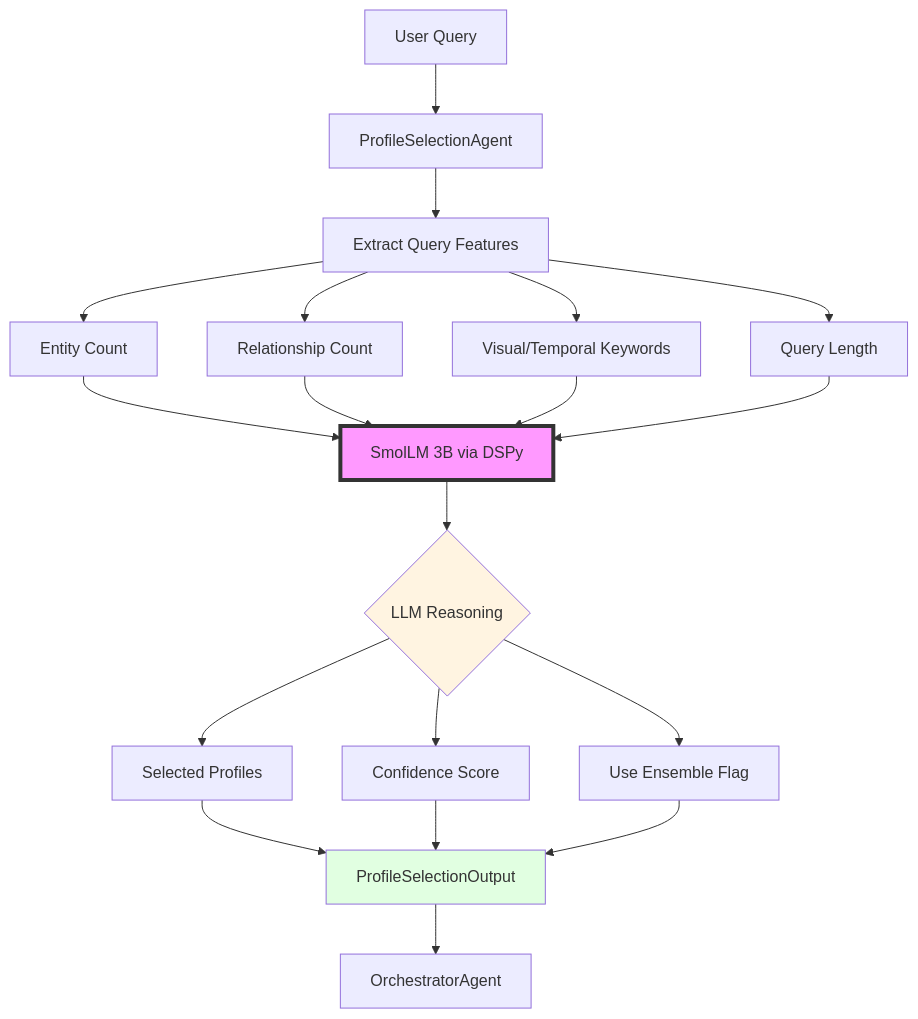
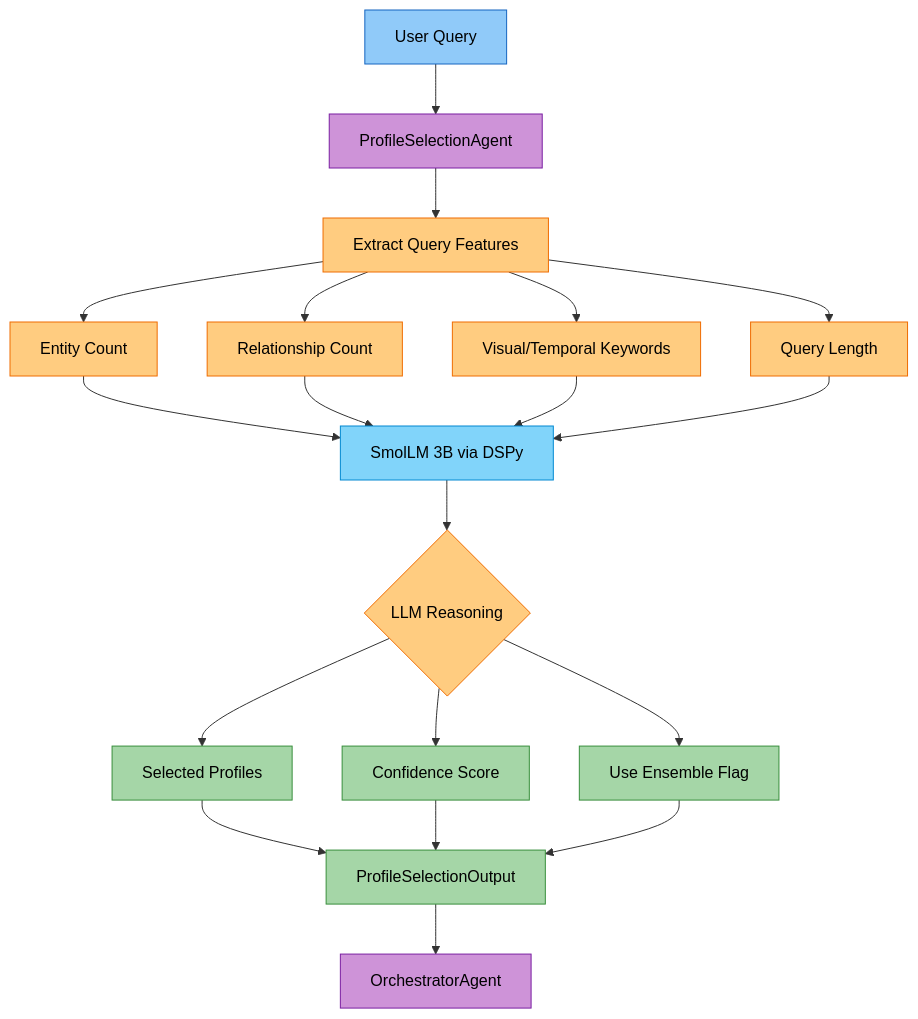
Before and after one commit to amit-jain/cogniverse: the fifth of 20 diagrams in docs/modules/agents.md, drawn with Mermaid. The commit also changed other lines of this file and 83 other files, not shown here.

First line of the commit message:
Fix documentation veracity, formatting, and diagrams across all modules

````diff
--- a/docs/modules/agents.md
+++ b/docs/modules/agents.md
@@ -808,30 +773,41 @@
 ```mermaid
-graph TB
-    Query[User Query] --> ProfileAgent[ProfileSelectionAgent]
+flowchart TB
+    Query["<span style='color:#000'>User Query</span>"] --> ProfileAgent["<span style='color:#000'>ProfileSelectionAgent</span>"]
 
-    ProfileAgent --> Features[Extract Query Features]
-    Features --> Entities[Entity Count]
-    Features --> Relationships[Relationship Count]
-    Features --> Keywords[Visual/Temporal Keywords]
-    Features --> Length[Query Length]
+    ProfileAgent --> Features["<span style='color:#000'>Extract Query Features</span>"]
+    Features --> Entities["<span style='color:#000'>Entity Count</span>"]
+    Features --> Relationships["<span style='color:#000'>Relationship Count</span>"]
+    Features --> Keywords["<span style='color:#000'>Visual/Temporal Keywords</span>"]
+    Features --> Length["<span style='color:#000'>Query Length</span>"]
 
-    Entities --> LLM[SmolLM 3B via DSPy]
+    Entities --> LLM["<span style='color:#000'>SmolLM 3B via DSPy</span>"]
     Relationships --> LLM
     Keywords --> LLM
     Length --> LLM
 
-    LLM --> Decision{LLM Reasoning}
-    Decision --> Profiles[Selected Profiles]
-    Decision --> Confidence[Confidence Score]
-    Decision --> UseEnsemble[Use Ensemble Flag]
+    LLM --> Decision{"<span style='color:#000'>LLM Reasoning</span>"}
+    Decision --> Profiles["<span style='color:#000'>Selected Profiles</span>"]
+    Decision --> Confidence["<span style='color:#000'>Confidence Score</span>"]
+    Decision --> UseEnsemble["<span style='color:#000'>Use Ensemble Flag</span>"]
 
-    Profiles --> Response[ProfileSelectionOutput]
+    Profiles --> Response["<span style='color:#000'>ProfileSelectionOutput</span>"]
     Confidence --> Response
     UseEnsemble --> Response
 
-    Response --> Orchestrator[OrchestratorAgent]
+    Response --> Orchestrator["<span style='color:#000'>OrchestratorAgent</span>"]
 
-    style LLM fill:#f9f,stroke:#333,stroke-width:4px
-    style Decision fill:#fff4e1
-    style Response fill:#e1ffe1
+    style Query fill:#90caf9,stroke:#1565c0,color:#000
+    style ProfileAgent fill:#ce93d8,stroke:#7b1fa2,color:#000
+    style Features fill:#ffcc80,stroke:#ef6c00,color:#000
+    style Entities fill:#ffcc80,stroke:#ef6c00,color:#000
+    style Relationships fill:#ffcc80,stroke:#ef6c00,color:#000
+    style Keywords fill:#ffcc80,stroke:#ef6c00,color:#000
+    style Length fill:#ffcc80,stroke:#ef6c00,color:#000
+    style LLM fill:#81d4fa,stroke:#0288d1,color:#000
+    style Decision fill:#ffcc80,stroke:#ef6c00,color:#000
+    style Profiles fill:#a5d6a7,stroke:#388e3c,color:#000
+    style Confidence fill:#a5d6a7,stroke:#388e3c,color:#000
+    style UseEnsemble fill:#a5d6a7,stroke:#388e3c,color:#000
+    style Response fill:#a5d6a7,stroke:#388e3c,color:#000
+    style Orchestrator fill:#ce93d8,stroke:#7b1fa2,color:#000
 ```
````
